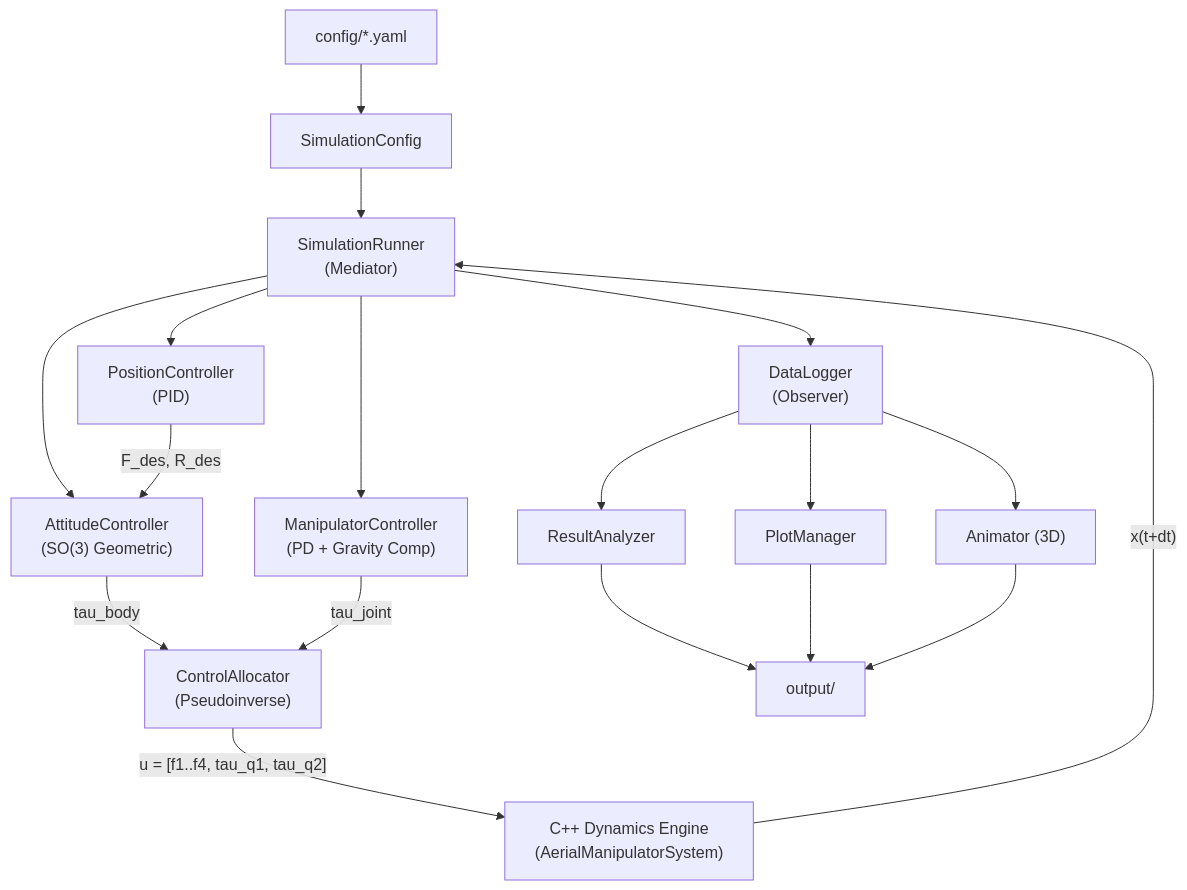
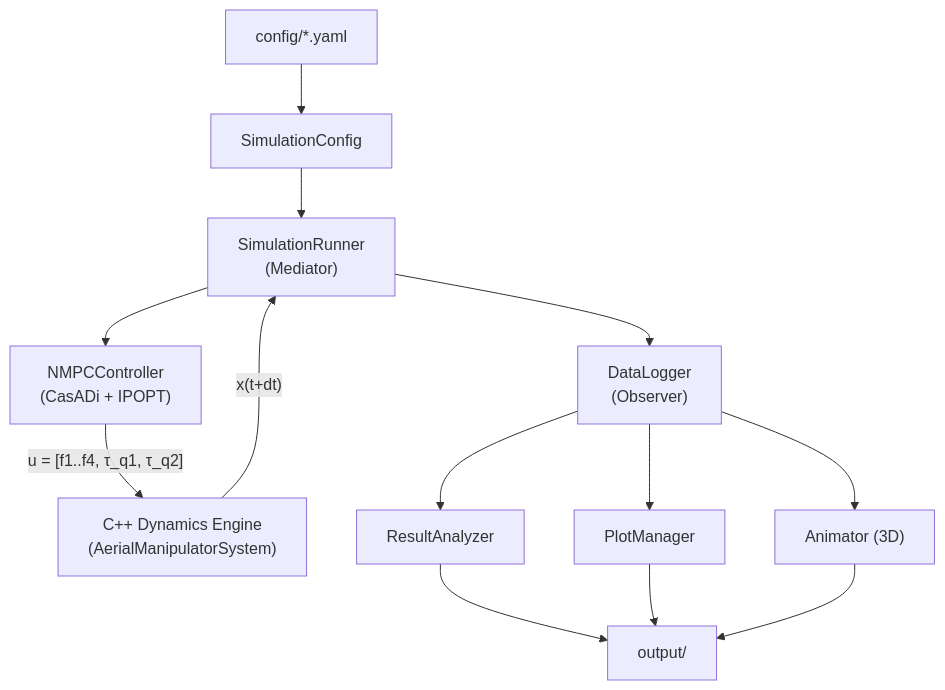
Before and after one commit to lsh330/Aerial_Manipulator_Simulation: the diagram in README.md, drawn with Mermaid. The commit also changed other lines of this file and 53 other files, not shown here.

````diff
--- a/README.md
+++ b/README.md
@@ -142,24 +101,19 @@
 ```mermaid
 flowchart TD
     YAML["config/*.yaml"] --> Config["SimulationConfig"]
     Config --> Runner["SimulationRunner<br/>(Mediator)"]
-    
-    Runner --> PosCtrl["PositionController<br/>(PID)"]
-    Runner --> AttCtrl["AttitudeController<br/>(SO(3) Geometric)"]
-    Runner --> ManipCtrl["ManipulatorController<br/>(PD + Gravity Comp)"]
-    
-    PosCtrl -->|"F_des, R_des"| AttCtrl
-    AttCtrl -->|"tau_body"| Alloc["ControlAllocator<br/>(Pseudoinverse)"]
-    ManipCtrl -->|"tau_joint"| Alloc
-    Alloc -->|"u = [f1..f4, tau_q1, tau_q2]"| Engine["C++ Dynamics Engine<br/>(AerialManipulatorSystem)"]
-    
+
+    Runner --> NMPC["NMPCController<br/>(CasADi + IPOPT)"]
+
+    NMPC -->|"u = [f1..f4, τ_q1, τ_q2]"| Engine["C++ Dynamics Engine<br/>(AerialManipulatorSystem)"]
+
     Engine -->|"x(t+dt)"| Runner
     Runner --> Logger["DataLogger<br/>(Observer)"]
     Logger --> Analyzer["ResultAnalyzer"]
     Logger --> Plotter["PlotManager"]
     Logger --> Anim["Animator (3D)"]
-    
+
     Analyzer --> Output["output/"]
     Plotter --> Output
     Anim --> Output
 ```
````
